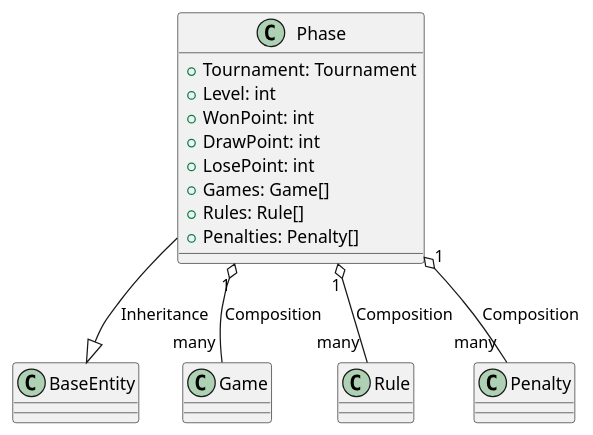
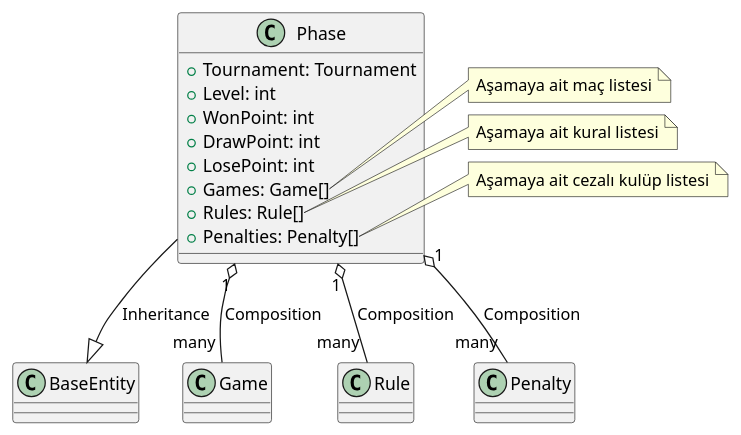
Before and after one commit to evrendev/sport-club: the diagram in uml/Tournament/Phase.puml, drawn with PlantUML. The commit also changed 4 other files, not shown here.

```diff
--- a/uml/Tournament/Phase.puml
+++ b/uml/Tournament/Phase.puml
@@ -1,19 +1,31 @@
 @startuml Phase Class Diagram
 
 class Phase {
     + Tournament: Tournament
     + Level: int
     + WonPoint: int
     + DrawPoint: int
     + LosePoint: int
     + Games: Game[]
     + Rules: Rule[]
     + Penalties: Penalty[]
 }
 
 Phase --|> BaseEntity: Inheritance
 Phase "1" o-- "many" Game: Composition
 Phase "1" o-- "many" Rule: Composition
 Phase "1" o-- "many" Penalty: Composition
 
+note right of Phase::Games
+Aşamaya ait maç listesi
+end note
+
+note right of Phase::Rules
+Aşamaya ait kural listesi
+end note
+
+note right of Phase::Penalty
+Aşamaya ait cezalı kulüp listesi
+end note
+
 @enduml
```
